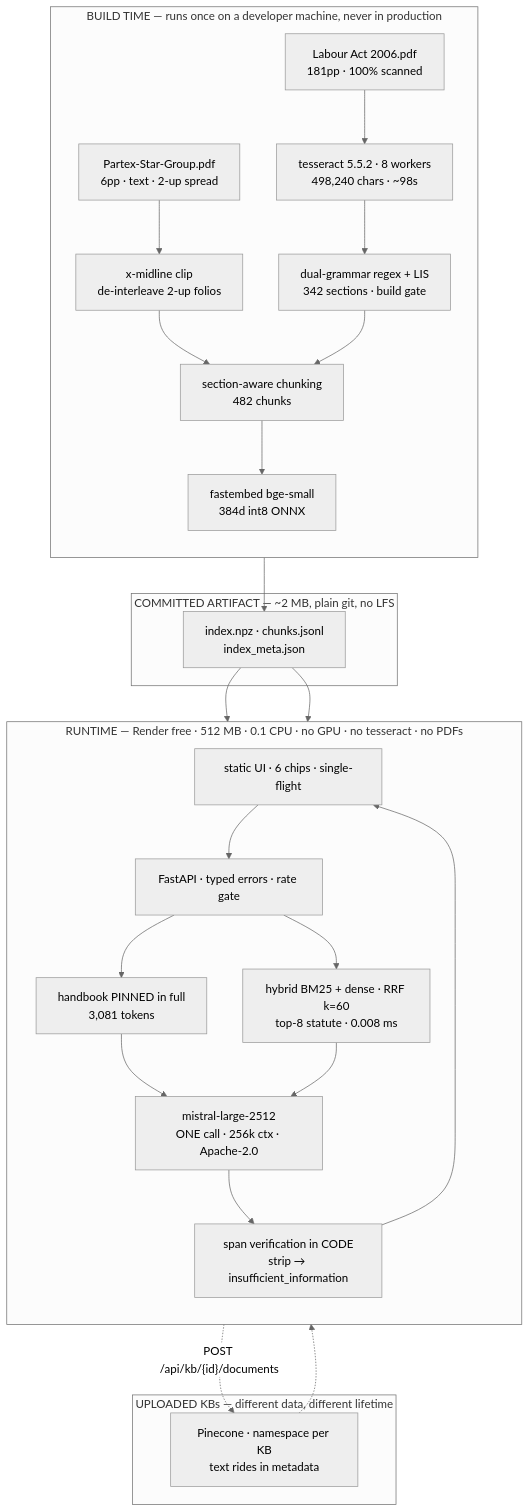
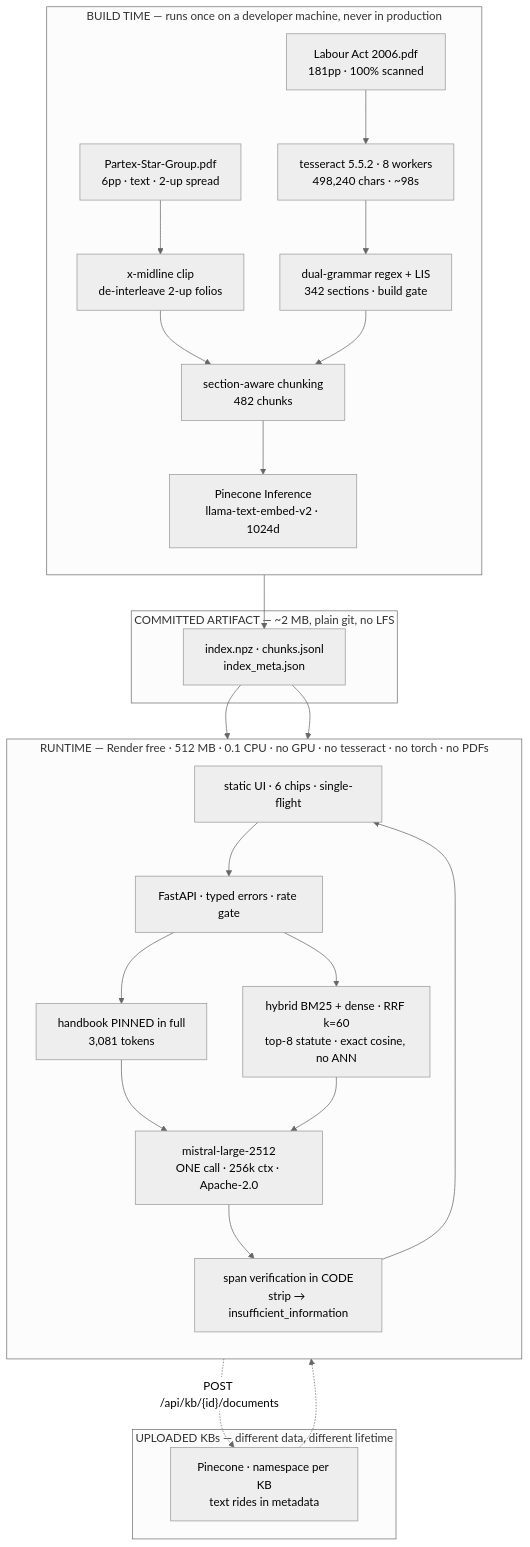
The diagram in README.md (Reshad-Ul-Karim/enterprise-AI-document-assistant), drawn with Mermaid (neutral theme) before and after one commit. The commit also changed other lines of this file and 6 other files, not shown here.

````diff
--- a/README.md
+++ b/README.md
@@ -78,43 +78,43 @@
 ```mermaid
 flowchart TB
     subgraph BUILD ["BUILD TIME — runs once on a developer machine, never in production"]
         direction TB
         P1["Partex-Star-Group.pdf<br/>6pp · text · 2-up spread"]
         P2["Labour Act 2006.pdf<br/>181pp · 100% scanned"]
         OCR["tesseract 5.5.2 · 8 workers<br/>498,240 chars · ~98s"]
         CLIP["x-midline clip<br/>de-interleave 2-up folios"]
         SEC["dual-grammar regex + LIS<br/>342 sections · build gate"]
         CH["section-aware chunking<br/>482 chunks"]
-        EMB["fastembed bge-small<br/>384d int8 ONNX"]
+        EMB["Pinecone Inference<br/>llama-text-embed-v2 · 1024d"]
         P2 --> OCR --> SEC
         P1 --> CLIP --> CH
         SEC --> CH --> EMB
     end
 
     subgraph ART ["COMMITTED ARTIFACT — ~2 MB, plain git, no LFS"]
         IDX["index.npz · chunks.jsonl<br/>index_meta.json"]
     end
     EMB --> IDX
 
-    subgraph RUN ["RUNTIME — Render free · 512 MB · 0.1 CPU · no GPU · no tesseract · no PDFs"]
+    subgraph RUN ["RUNTIME — Render free · 512 MB · 0.1 CPU · no GPU · no tesseract · no torch · no PDFs"]
         direction TB
         UI["static UI · 6 chips · single-flight"]
         API["FastAPI · typed errors · rate gate"]
         PIN["handbook PINNED in full<br/>3,081 tokens"]
-        RET["hybrid BM25 + dense · RRF k=60<br/>top-8 statute · 0.008 ms"]
+        RET["hybrid BM25 + dense · RRF k=60<br/>top-8 statute · exact cosine, no ANN"]
         GEN["mistral-large-2512<br/>ONE call · 256k ctx · Apache-2.0"]
         VER["span verification in CODE<br/>strip → insufficient_information"]
         UI --> API --> RET
         API --> PIN
         PIN --> GEN
         RET --> GEN --> VER --> UI
     end
     IDX --> RET
     IDX --> PIN
 
     subgraph UP ["UPLOADED KBs — different data, different lifetime"]
         PC["Pinecone · namespace per KB<br/>text rides in metadata"]
     end
     API -.->|"POST /api/kb/{id}/documents"| PC
     PC -.-> RET
 ```
````
